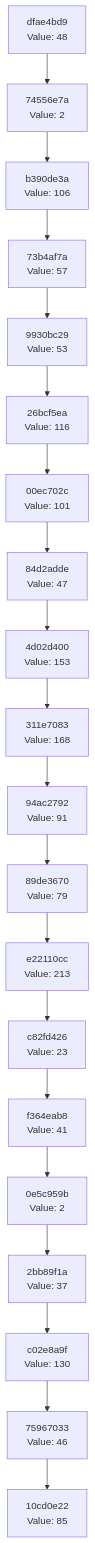
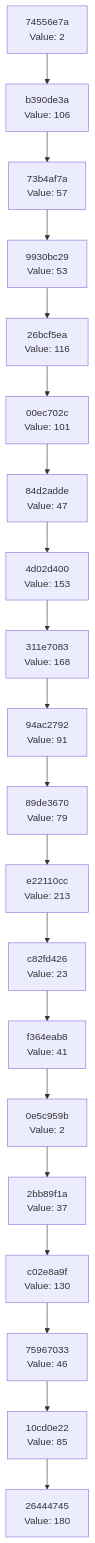
The diagram in docs/CHAIN_VISUALIZATION.md (Abhisheksinha1506/hash-chain-evolver), drawn with Mermaid before and after one commit. The commit also changed 3 other files, not shown here.

````diff
--- a/docs/CHAIN_VISUALIZATION.md
+++ b/docs/CHAIN_VISUALIZATION.md
@@ -3,42 +3,42 @@
 ```mermaid
 graph TD
-    C0["10cd0e22<br/>Value: 85"]
-    C1["75967033<br/>Value: 46"]
+    C0["26444745<br/>Value: 180"]
+    C1["10cd0e22<br/>Value: 85"]
     C1 --> C0
-    C2["c02e8a9f<br/>Value: 130"]
+    C2["75967033<br/>Value: 46"]
     C2 --> C1
-    C3["2bb89f1a<br/>Value: 37"]
+    C3["c02e8a9f<br/>Value: 130"]
     C3 --> C2
-    C4["0e5c959b<br/>Value: 2"]
+    C4["2bb89f1a<br/>Value: 37"]
     C4 --> C3
-    C5["f364eab8<br/>Value: 41"]
+    C5["0e5c959b<br/>Value: 2"]
     C5 --> C4
-    C6["c82fd426<br/>Value: 23"]
+    C6["f364eab8<br/>Value: 41"]
     C6 --> C5
-    C7["e22110cc<br/>Value: 213"]
+    C7["c82fd426<br/>Value: 23"]
     C7 --> C6
-    C8["89de3670<br/>Value: 79"]
+    C8["e22110cc<br/>Value: 213"]
     C8 --> C7
-    C9["94ac2792<br/>Value: 91"]
+    C9["89de3670<br/>Value: 79"]
     C9 --> C8
-    C10["311e7083<br/>Value: 168"]
+    C10["94ac2792<br/>Value: 91"]
     C10 --> C9
-    C11["4d02d400<br/>Value: 153"]
+    C11["311e7083<br/>Value: 168"]
     C11 --> C10
-    C12["84d2adde<br/>Value: 47"]
+    C12["4d02d400<br/>Value: 153"]
     C12 --> C11
-    C13["00ec702c<br/>Value: 101"]
+    C13["84d2adde<br/>Value: 47"]
     C13 --> C12
-    C14["26bcf5ea<br/>Value: 116"]
+    C14["00ec702c<br/>Value: 101"]
     C14 --> C13
-    C15["9930bc29<br/>Value: 53"]
+    C15["26bcf5ea<br/>Value: 116"]
     C15 --> C14
-    C16["73b4af7a<br/>Value: 57"]
+    C16["9930bc29<br/>Value: 53"]
     C16 --> C15
-    C17["b390de3a<br/>Value: 106"]
+    C17["73b4af7a<br/>Value: 57"]
     C17 --> C16
-    C18["74556e7a<br/>Value: 2"]
+    C18["b390de3a<br/>Value: 106"]
     C18 --> C17
-    C19["dfae4bd9<br/>Value: 48"]
+    C19["74556e7a<br/>Value: 2"]
     C19 --> C18
 ```
````
